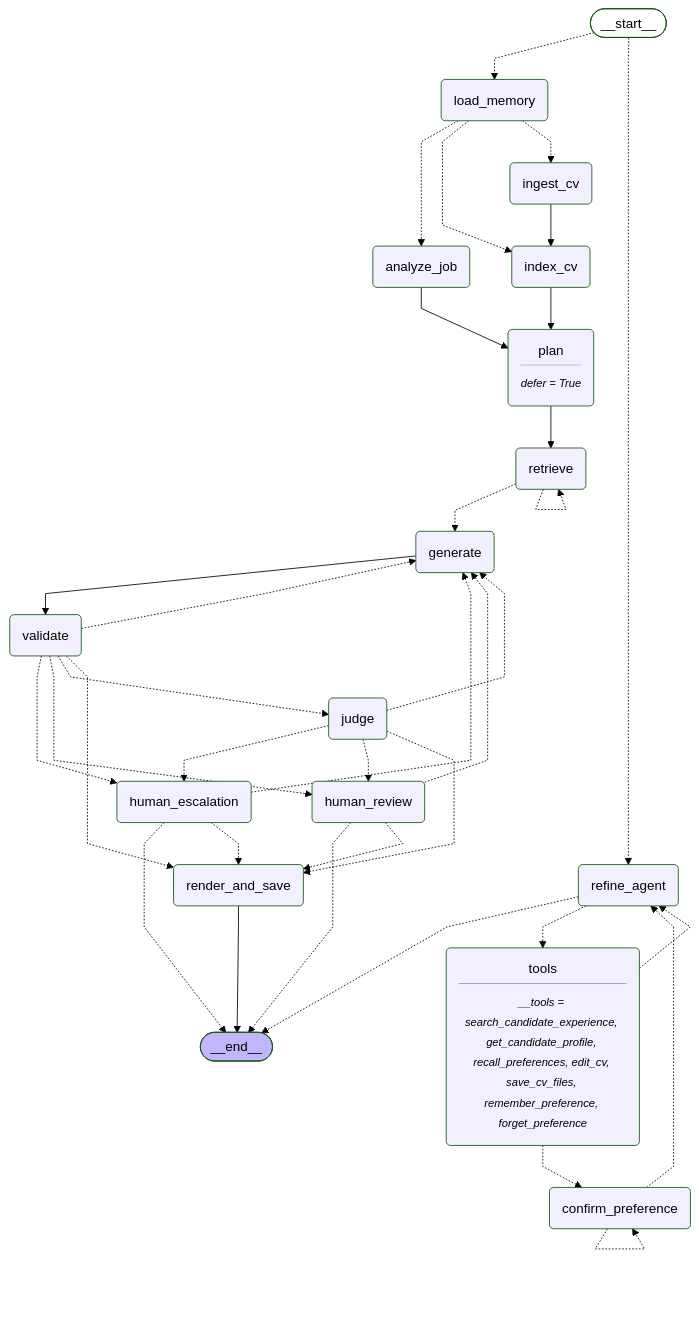
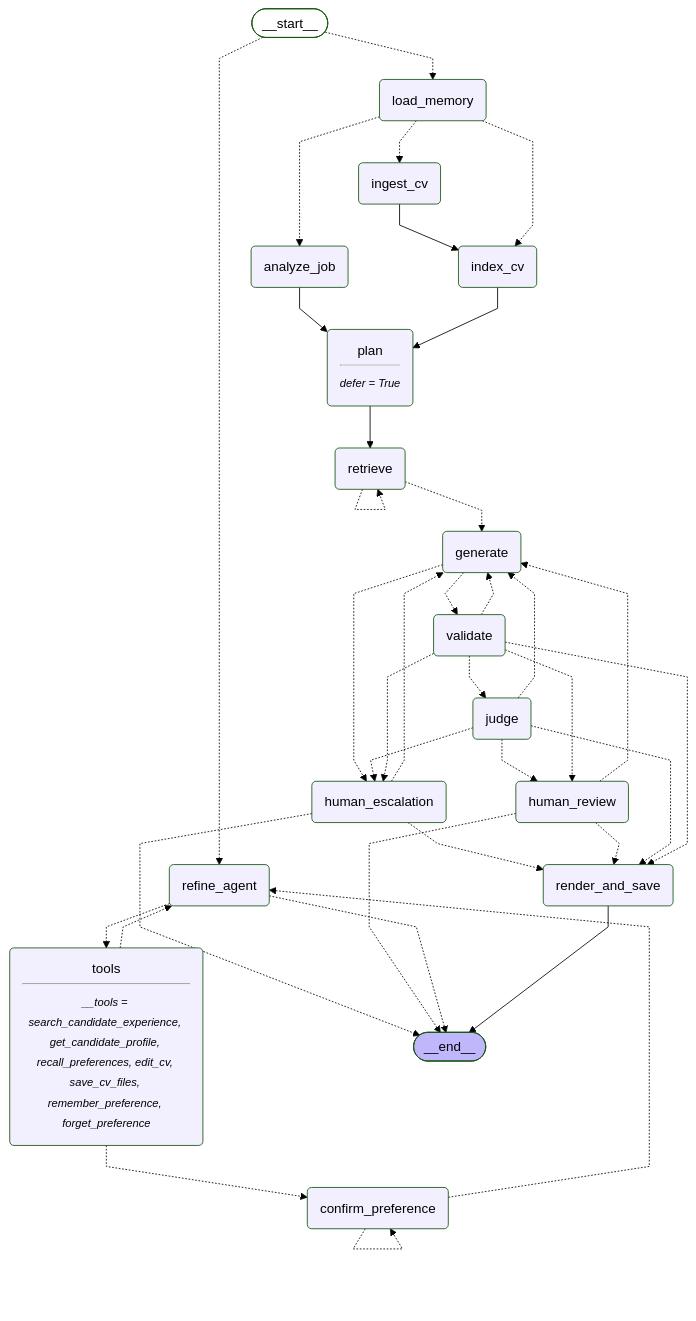
The diagram in docs/grafo.md (pepestack/CVertidor), drawn with Mermaid (forest theme) before and after one commit. The commit also changed 13 other files, not shown here.

````diff
--- a/docs/grafo.md
+++ b/docs/grafo.md
@@ -1,62 +1,63 @@
 ```mermaid
 ---
 config:
   flowchart:
     curve: linear
 ---
 graph TD;
 	__start__([<p>__start__</p>]):::first
 	load_memory(load_memory)
 	ingest_cv(ingest_cv)
 	index_cv(index_cv)
 	analyze_job(analyze_job)
 	retrieve(retrieve)
 	generate(generate)
 	validate(validate)
 	judge(judge)
 	human_review(human_review)
 	human_escalation(human_escalation)
 	render_and_save(render_and_save)
 	plan(plan<hr/><small><em>defer = True</em></small>)
 	refine_agent(refine_agent)
 	confirm_preference(confirm_preference)
 	tools(tools<hr/><small><em>__tools = search_candidate_experience, get_candidate_profile, recall_preferences, edit_cv, save_cv_files, remember_preference, forget_preference</em></small>)
 	__end__([<p>__end__</p>]):::last
 	__start__ -.-> load_memory;
 	__start__ -.-> refine_agent;
 	analyze_job --> plan;
 	confirm_preference -.-> refine_agent;
-	generate --> validate;
+	generate -.-> human_escalation;
+	generate -.-> validate;
 	human_escalation -.-> __end__;
 	human_escalation -.-> generate;
 	human_escalation -.-> render_and_save;
 	human_review -.-> __end__;
 	human_review -.-> generate;
 	human_review -.-> render_and_save;
 	index_cv --> plan;
 	ingest_cv --> index_cv;
 	judge -.-> generate;
 	judge -.-> human_escalation;
 	judge -.-> human_review;
 	judge -.-> render_and_save;
 	load_memory -.-> analyze_job;
 	load_memory -.-> index_cv;
 	load_memory -.-> ingest_cv;
 	plan --> retrieve;
 	refine_agent -.-> __end__;
 	refine_agent -.-> tools;
 	retrieve -.-> generate;
 	tools -.-> confirm_preference;
 	tools -.-> refine_agent;
 	validate -.-> generate;
 	validate -.-> human_escalation;
 	validate -.-> human_review;
 	validate -.-> judge;
 	validate -.-> render_and_save;
 	render_and_save --> __end__;
 	confirm_preference -.-> confirm_preference;
 	retrieve -.-> retrieve;
 	classDef default fill:#f2f0ff,line-height:1.2
 	classDef first fill-opacity:0
 	classDef last fill:#bfb6fc
 ```
````
